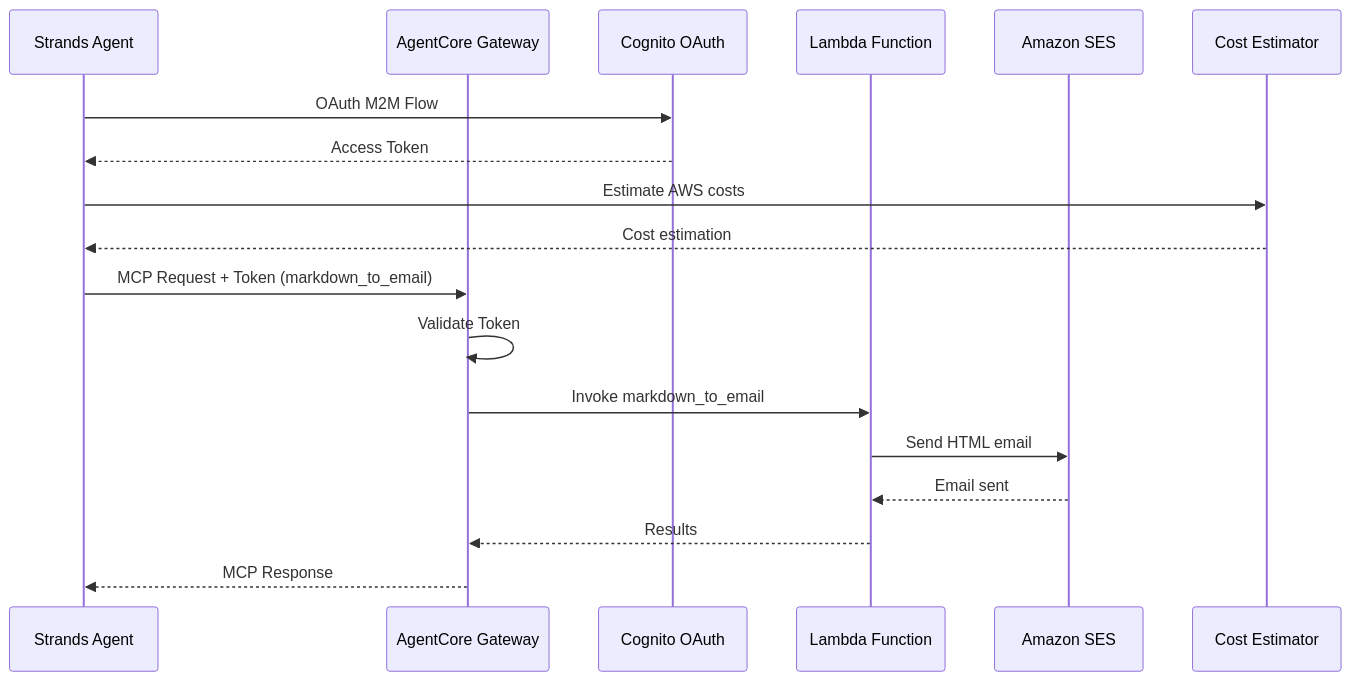
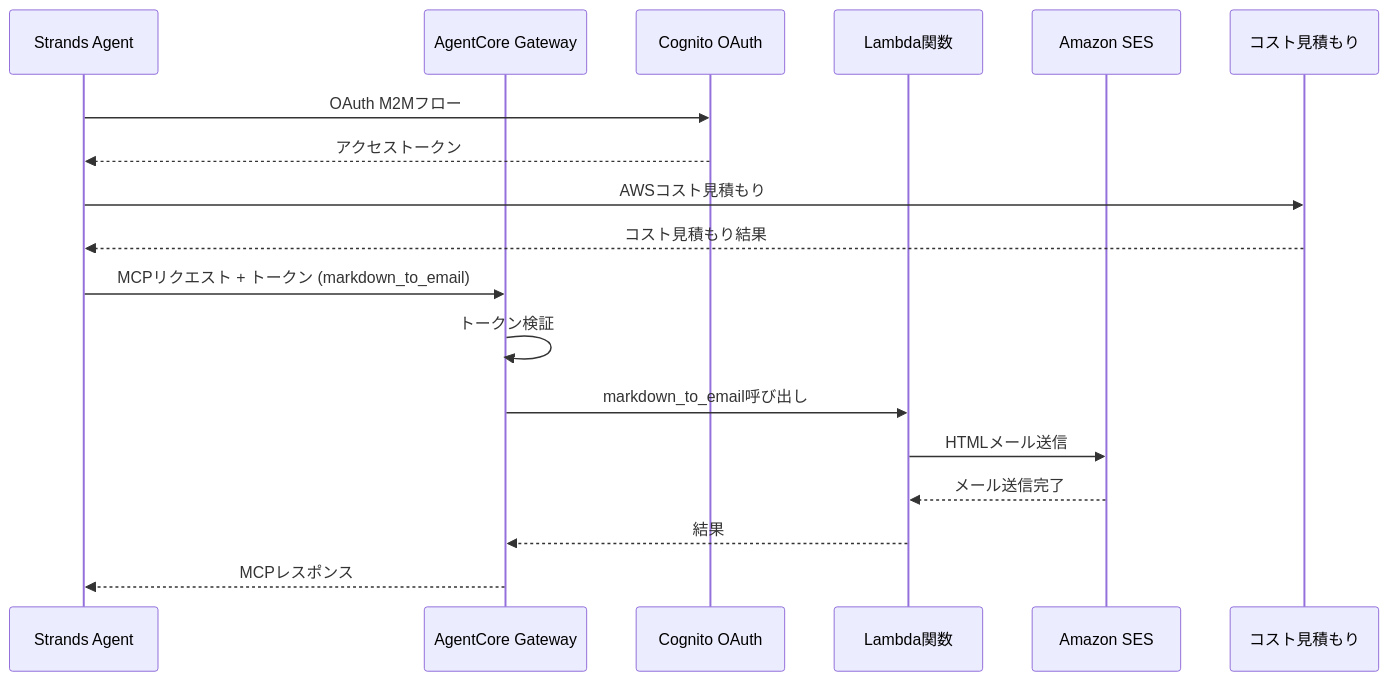
One commit to tetsuo-nobe/sample-amazon-bedrock-agentcore-onboarding-jp changed the diagram in 04_gateway/README.md. Above: the diagram before and after it, drawn with Mermaid. The commit also changed other lines of this file and 2 other files, not shown here.

````diff
--- a/04_gateway/README.md
+++ b/04_gateway/README.md
@@ -9,21 +7,21 @@
 ```mermaid
 sequenceDiagram
     participant Agent as Strands Agent
     participant Gateway as AgentCore Gateway
     participant Cognito as Cognito OAuth
-    participant Lambda as Lambda Function
+    participant Lambda as Lambda関数
     participant SES as Amazon SES
-    participant CostEst as Cost Estimator
+    participant CostEst as コスト見積もり
 
-    Agent->>Cognito: OAuth M2M Flow
-    Cognito-->>Agent: Access Token
-    Agent->>CostEst: Estimate AWS costs
-    CostEst-->>Agent: Cost estimation
-    Agent->>Gateway: MCP Request + Token (markdown_to_email)
-    Gateway->>Gateway: Validate Token
-    Gateway->>Lambda: Invoke markdown_to_email
-    Lambda->>SES: Send HTML email
-    SES-->>Lambda: Email sent
-    Lambda-->>Gateway: Results
-    Gateway-->>Agent: MCP Response
+    Agent->>Cognito: OAuth M2Mフロー
+    Cognito-->>Agent: アクセストークン
+    Agent->>CostEst: AWSコスト見積もり
+    CostEst-->>Agent: コスト見積もり結果
+    Agent->>Gateway: MCPリクエスト + トークン (markdown_to_email)
+    Gateway->>Gateway: トークン検証
+    Gateway->>Lambda: markdown_to_email呼び出し
+    Lambda->>SES: HTMLメール送信
+    SES-->>Lambda: メール送信完了
+    Lambda-->>Gateway: 結果
+    Gateway-->>Agent: MCPレスポンス
 ```
````
